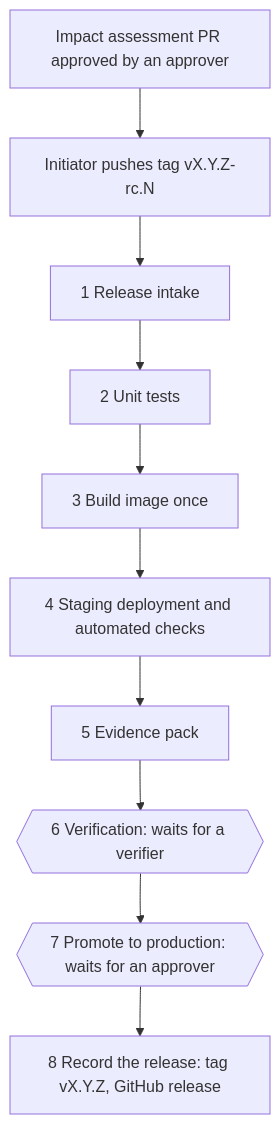
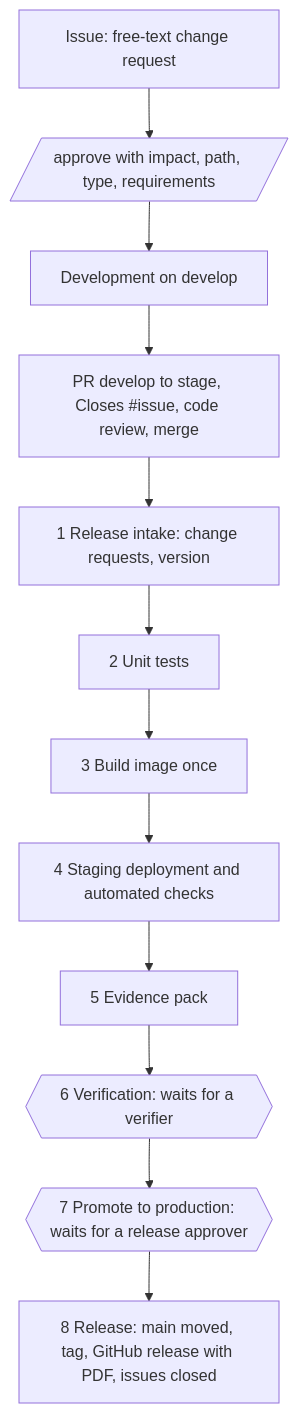
Before and after one commit to Kriss-test-org/gxp-devops-framework: the diagram in docs/design.md, drawn with Mermaid. The commit also changed other lines of this file and 7 other files, not shown here.

First line of the commit message:
Framework v0.2.0-beta.1: from change request to production

````diff
--- a/docs/design.md
+++ b/docs/design.md
@@ -70,12 +73,14 @@
 ```mermaid
 flowchart TD
-    A[Impact assessment PR approved by an approver] --> B[Initiator pushes tag vX.Y.Z-rc.N]
-    B --> C[1 Release intake]
-    C --> D[2 Unit tests]
-    D --> E[3 Build image once]
-    E --> F[4 Staging deployment and automated checks]
-    F --> G[5 Evidence pack]
-    G --> H{{6 Verification: waits for a verifier}}
-    H --> I{{7 Promote to production: waits for an approver}}
-    I --> J[8 Record the release: tag vX.Y.Z, GitHub release]
+    A[Issue: free-text change request] --> B[/approve with impact, path, type, requirements/]
+    B --> C[Development on develop]
+    C --> D[PR develop to stage, Closes #issue, code review, merge]
+    D --> E[1 Release intake: change requests, version]
+    E --> F[2 Unit tests]
+    F --> G[3 Build image once]
+    G --> H[4 Staging deployment and automated checks]
+    H --> I[5 Evidence pack]
+    I --> J{{6 Verification: waits for a verifier}}
+    J --> K{{7 Promote to production: waits for a release approver}}
+    K --> L[8 Release: main moved, tag, GitHub release with PDF, issues closed]
 ```
````
